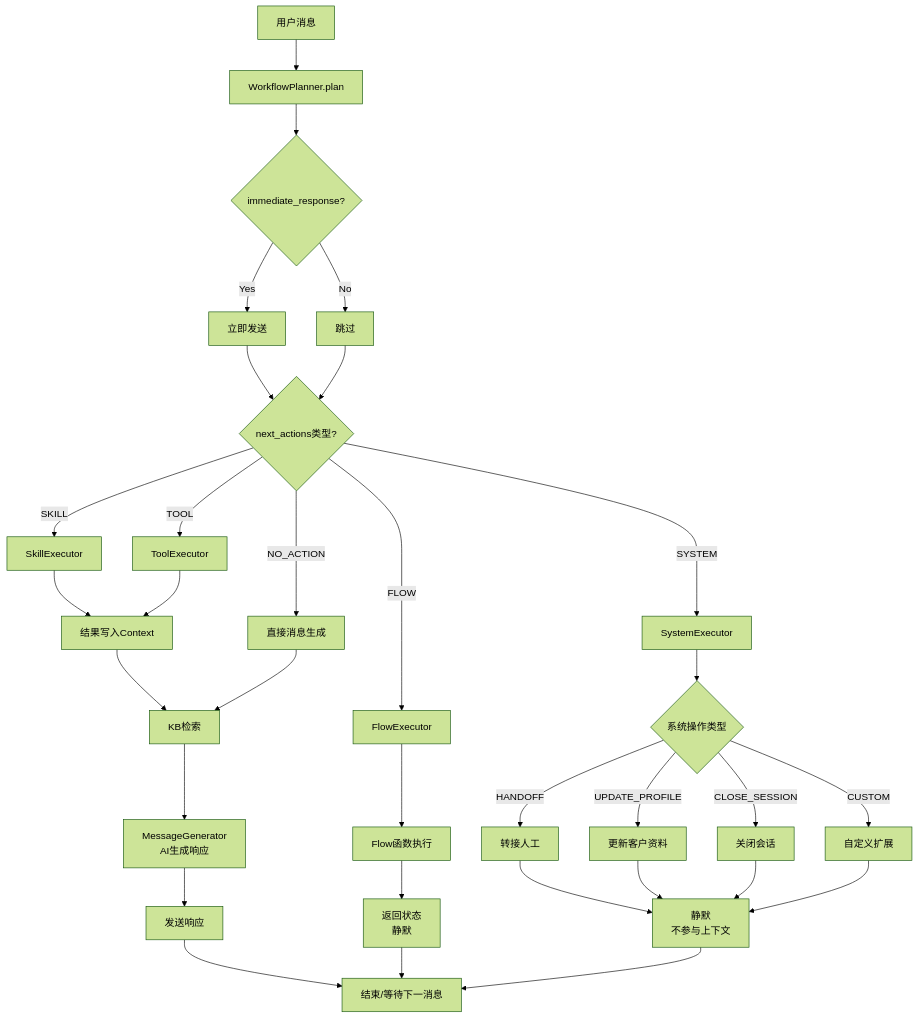
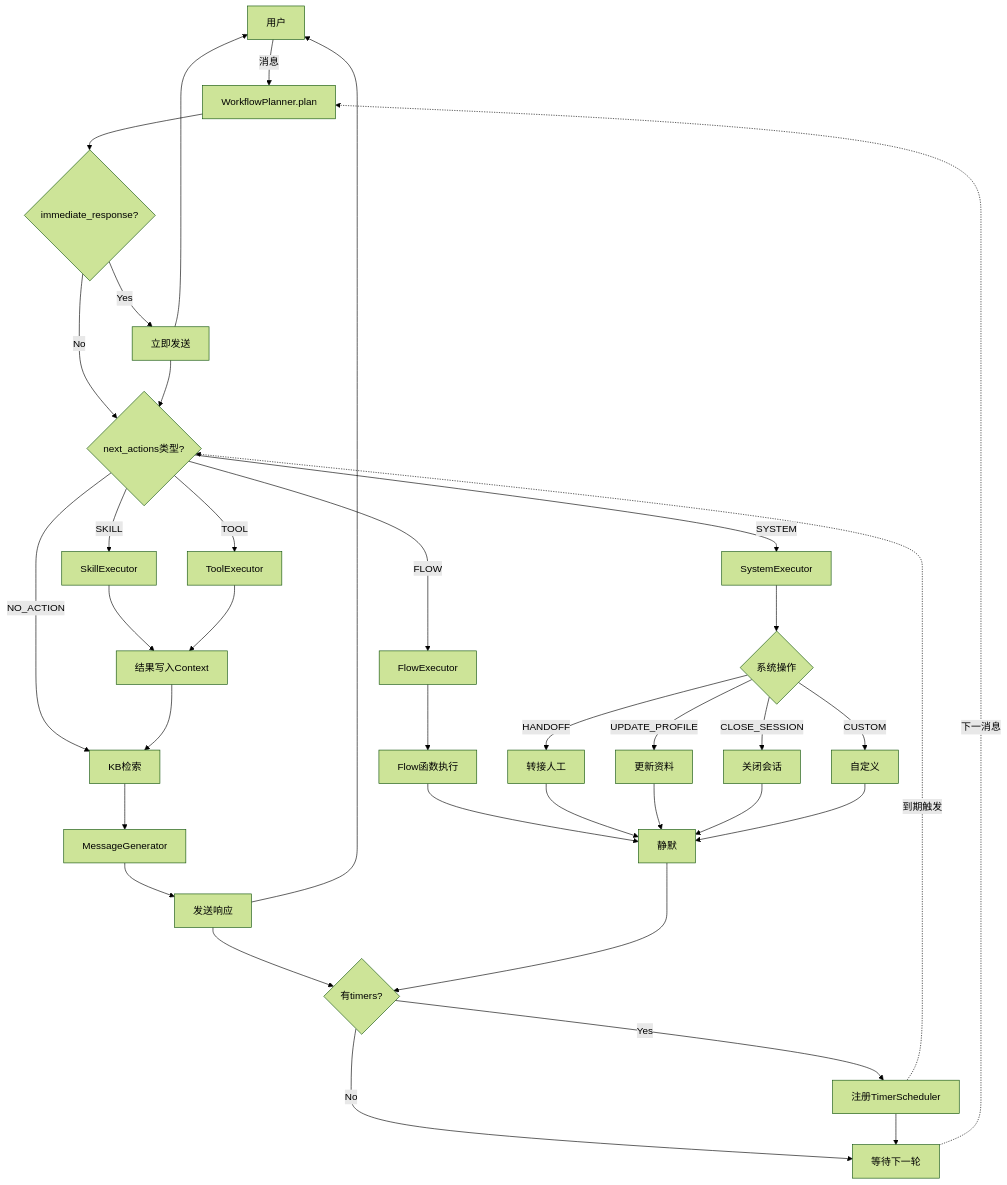
Before and after one commit to Nunchakus888/parlant: the fourth of 7 diagrams in notebooks/v7-feasibility.md, drawn with Mermaid (forest theme). The commit also changed other lines of this file, not shown here.

Commit message:
workflow: v7-timer

````diff
--- a/notebooks/v7-feasibility.md
+++ b/notebooks/v7-feasibility.md
@@ -419,44 +497,44 @@
 ```mermaid
 flowchart TB
-    A[用户消息] --> B[WorkflowPlanner.plan]
+    U[用户] -->|消息| A[WorkflowPlanner.plan]
     
-    B --> C{immediate_response?}
-    C -->|Yes| D[立即发送]
-    C -->|No| E[跳过]
+    A --> B{immediate_response?}
+    B -->|Yes| C[立即发送] --> U
+    B -->|No| D{next_actions类型?}
+    C --> D
     
-    D --> F{next_actions类型?}
-    E --> F
+    D -->|SKILL| E[SkillExecutor]
+    D -->|TOOL| F[ToolExecutor]
+    D -->|FLOW| G[FlowExecutor]
+    D -->|SYSTEM| H[SystemExecutor]
+    D -->|NO_ACTION| I[KB检索]
     
-    F -->|SKILL| G[SkillExecutor]
-    F -->|TOOL| H[ToolExecutor]
-    F -->|FLOW| I[FlowExecutor]
-    F -->|SYSTEM| R[SystemExecutor]
-    F -->|NO_ACTION| J[直接消息生成]
+    E --> J[结果写入Context]
+    F --> J
+    J --> I
     
-    G --> K[结果写入Context]
-    H --> K
+    I --> K[MessageGenerator]
+    K --> L[发送响应] --> U
     
-    K --> L[KB检索]
-    L --> M[MessageGenerator<br/>AI生成响应]
-    M --> N[发送响应]
+    G --> M[Flow函数执行] --> N[静默]
     
-    I --> O[Flow函数执行]
-    O --> Q[返回状态<br/>静默]
+    H --> O{系统操作}
+    O -->|HANDOFF| O1[转接人工]
+    O -->|UPDATE_PROFILE| O2[更新资料]
+    O -->|CLOSE_SESSION| O3[关闭会话]
+    O -->|CUSTOM| O4[自定义]
+    O1 --> N
+    O2 --> N
+    O3 --> N
+    O4 --> N
     
-    R --> S{系统操作类型}
-    S -->|HANDOFF| S1[转接人工]
-    S -->|UPDATE_PROFILE| S2[更新客户资料]
-    S -->|CLOSE_SESSION| S3[关闭会话]
-    S -->|CUSTOM| S4[自定义扩展]
+    L --> P{有timers?}
+    N --> P
     
-    S1 --> T[静默<br/>不参与上下文]
-    S2 --> T
-    S3 --> T
-    S4 --> T
+    P -->|Yes| Q[注册TimerScheduler]
+    P -->|No| R[等待下一轮]
     
-    J --> L
-    
-    N --> P[结束/等待下一消息]
-    Q --> P
-    T --> P
+    Q --> R
+    Q -.->|到期触发| D
+    R -.->|下一消息| A
 ```
````
